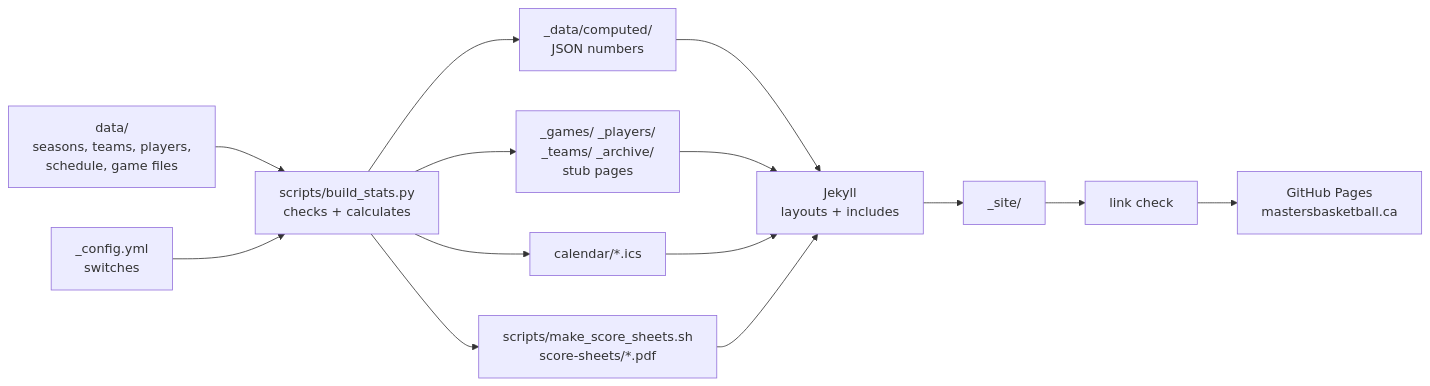
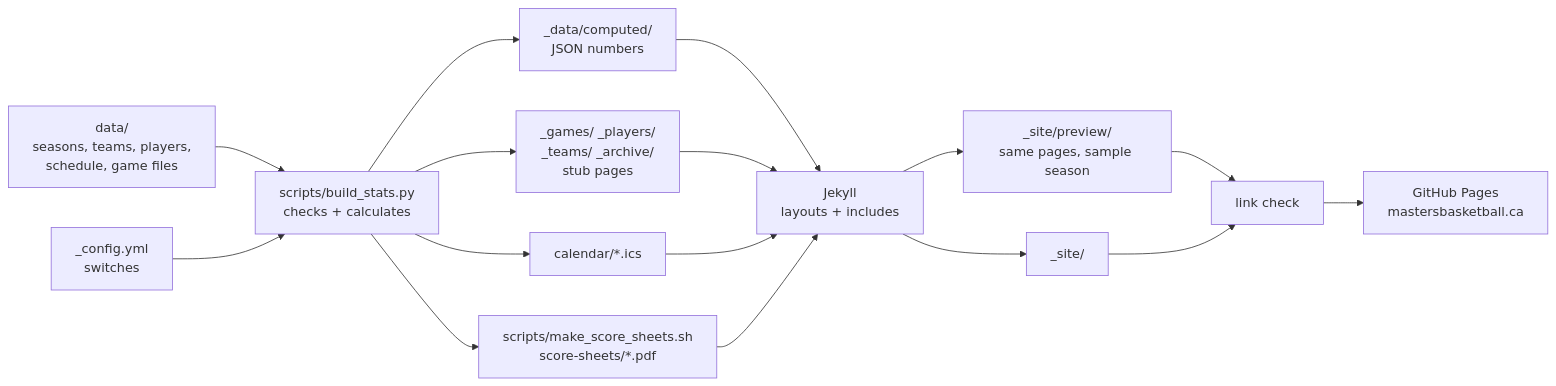
Before and after one commit to tb-masters-basketball/website: the diagram in README.md, drawn with Mermaid. The commit also changed other lines of this file and 3 other files, not shown here.

````diff
--- a/README.md
+++ b/README.md
@@ -137,16 +137,18 @@
 ```mermaid
 flowchart LR
     A["data/<br/>seasons, teams, players,<br/>schedule, game files"] --> B["scripts/build_stats.py<br/>checks + calculates"]
     C["_config.yml<br/>switches"] --> B
     B --> D["_data/computed/<br/>JSON numbers"]
     B --> E["_games/ _players/<br/>_teams/ _archive/<br/>stub pages"]
     B --> F["calendar/*.ics"]
     B --> S["scripts/make_score_sheets.sh<br/>score-sheets/*.pdf"]
     D --> G["Jekyll<br/>layouts + includes"]
     E --> G
     F --> G
     S --> G
     G --> H["_site/"]
+    G --> PV["_site/preview/<br/>same pages, sample season"]
+    PV --> I
     H --> I["link check"]
     I --> J["GitHub Pages<br/>mastersbasketball.ca"]
 ```
````
